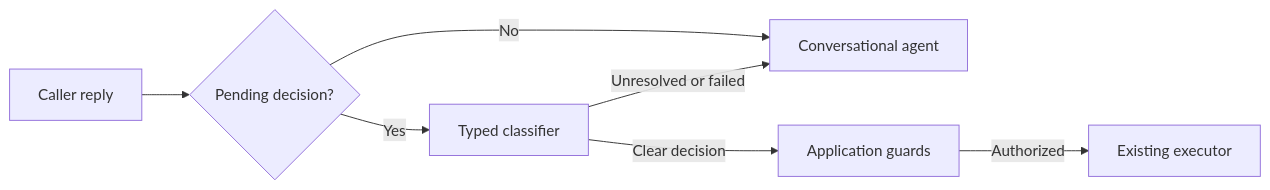
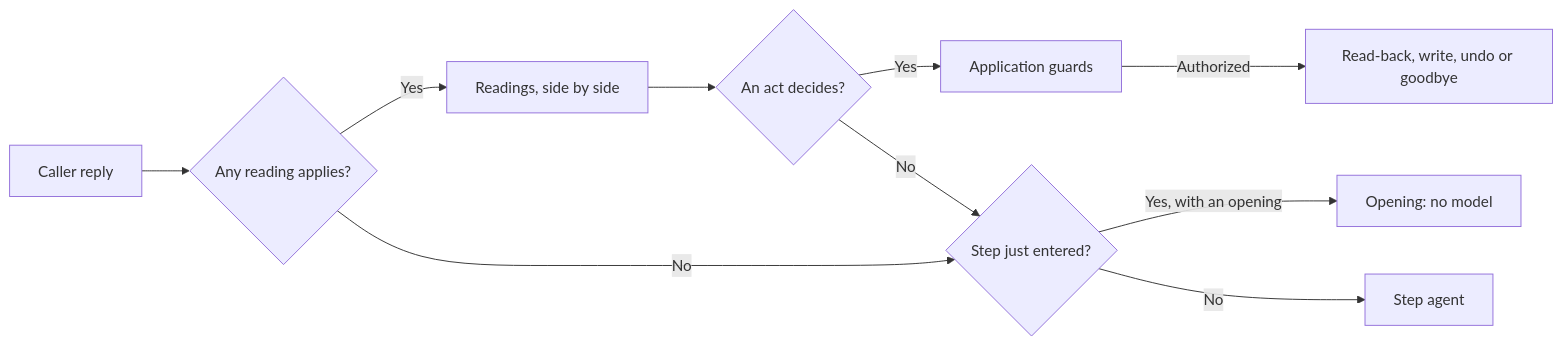
Before and after one commit to slng-ai/unmute-beat: diagram 11 of 11 in README.md, drawn with Mermaid. The commit also changed other lines of this file and 1 other file, not shown here.

First line of the commit message:
README: the architecture, and why; add the POC evidence report

````diff
--- a/README.md
+++ b/README.md
@@ -1059,9 +1286,12 @@
 ```mermaid
 flowchart LR
-    reply[Caller reply] --> pending{Pending decision?}
-    pending -- Yes --> classify[Typed classifier]
-    pending -- No --> agent[Conversational agent]
-    classify -- Clear decision --> guards[Application guards]
-    guards -- Authorized --> execute[Existing executor]
-    classify -- Unresolved or failed --> agent
+    reply[Caller reply] --> apply{Any reading applies?}
+    apply -- Yes --> read[Readings, side by side]
+    read --> acts{An act decides?}
+    acts -- Yes --> guards[Application guards]
+    guards -- Authorized --> run[Read-back, write, undo or goodbye]
+    acts -- No --> open{Step just entered?}
+    apply -- No --> open
+    open -- Yes, with an opening --> opening[Opening: no model]
+    open -- No --> agent[Step agent]
 ```
````
